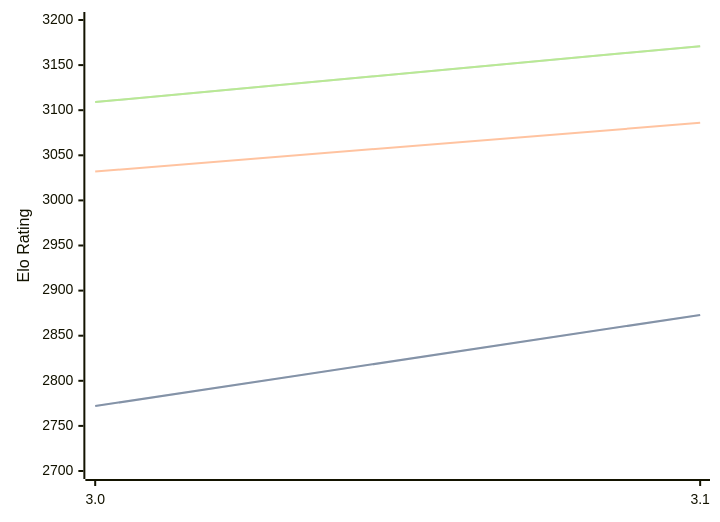
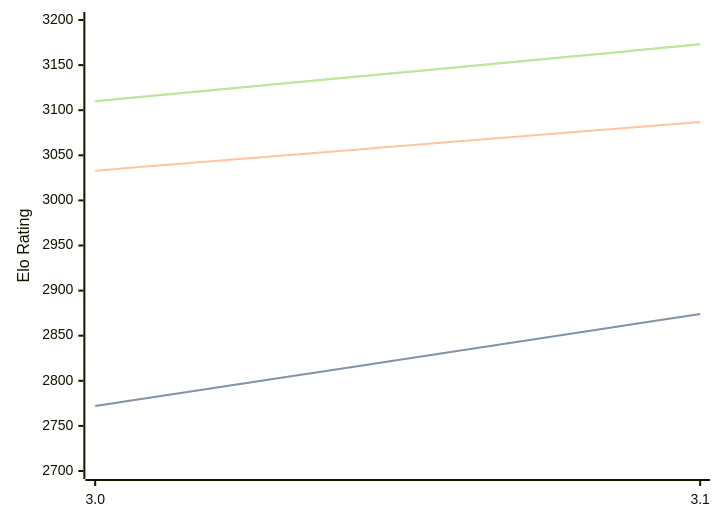
Before and after one commit to computer-chess-index/cci: the diagram in engines/Vajolet2.md, drawn with Mermaid. The commit also changed other lines of this file, not shown here.

Commit message:
Update CCI Ratings (ELO VLTC) - 2026-05-01

````diff
--- a/engines/Vajolet2.md
+++ b/engines/Vajolet2.md
@@ -40,11 +40,11 @@
 ```mermaid
 %%{init: {"theme":"base","themeVariables":{"seriesColors:['#a3a3a3','#222221','#faa371']}}}%%
 xychart-beta
   x-axis ["3.0", "3.1"]
   y-axis "Elo Rating" 2700 --> 3200
-  line "STC (8.0+0.08s)" [2772, 2873]
-  line "STC (8.0+0.08s)" [2772, 2873]
-  line "LTC (60.0+0.60s)" [3032, 3086]
-  line "VLTC (2m24s+1.12s)" [3109, 3171]
-  line "VLTC (2m24s+1.12s)" [3109, 3171]
+  line "STC (8.0+0.08s)" [2772, 2874]
+  line "STC (8.0+0.08s)" [2772, 2874]
+  line "LTC (60.0+0.60s)" [3033, 3087]
+  line "VLTC (2m24s+1.12s)" [3110, 3173]
+  line "VLTC (2m24s+1.12s)" [3110, 3173]
 ```
````
